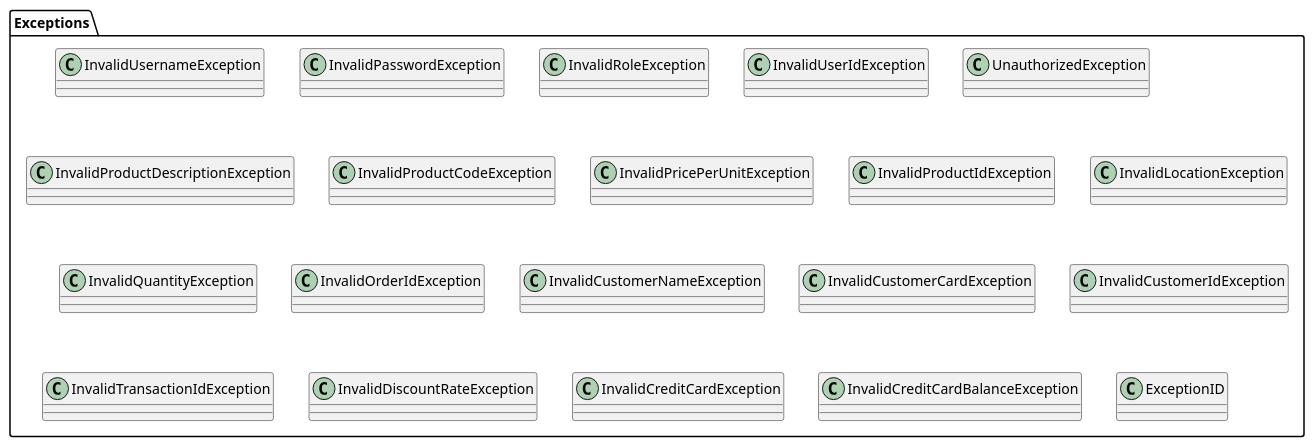
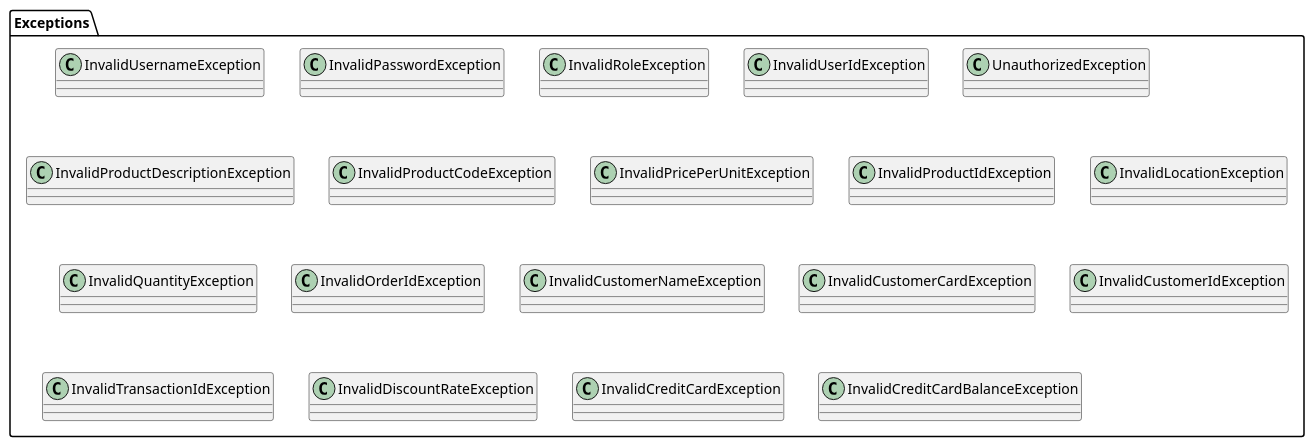
Before and after one commit to giuseppesalvi/ezshop: the second of 21 diagrams in Deliverables/DesignDocument.md, drawn with PlantUML. The commit also changed other lines of this file, not shown here.

Commit message:
Update DesignDocument.md: sequence diagrams

````diff
--- a/Deliverables/DesignDocument.md
+++ b/Deliverables/DesignDocument.md
@@ -237,33 +242,32 @@
 ```plantuml
 @startuml
 
 package Exceptions {
 Class InvalidUsernameException
 Class InvalidPasswordException
 Class InvalidRoleException
 Class InvalidUserIdException
 Class UnauthorizedException
 
 CLass InvalidProductDescriptionException
 Class InvalidProductCodeException
 Class InvalidPricePerUnitException
 Class InvalidProductIdException
 Class InvalidLocationException
 
 Class InvalidQuantityException
 Class InvalidOrderIdException
 
 Class InvalidCustomerNameException
 Class InvalidCustomerCardException
 Class InvalidCustomerIdException
 
 CLass InvalidTransactionIdException
 Class InvalidProductCodeException
 Class InvalidDiscountRateException
 
 Class InvalidCreditCardException
 Class InvalidCreditCardBalanceException
-Class ExceptionID
 }
 @enduml
 ```
````
